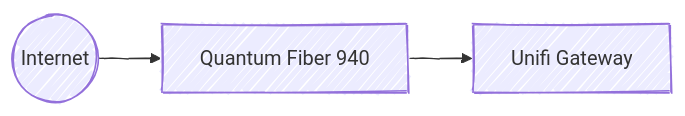
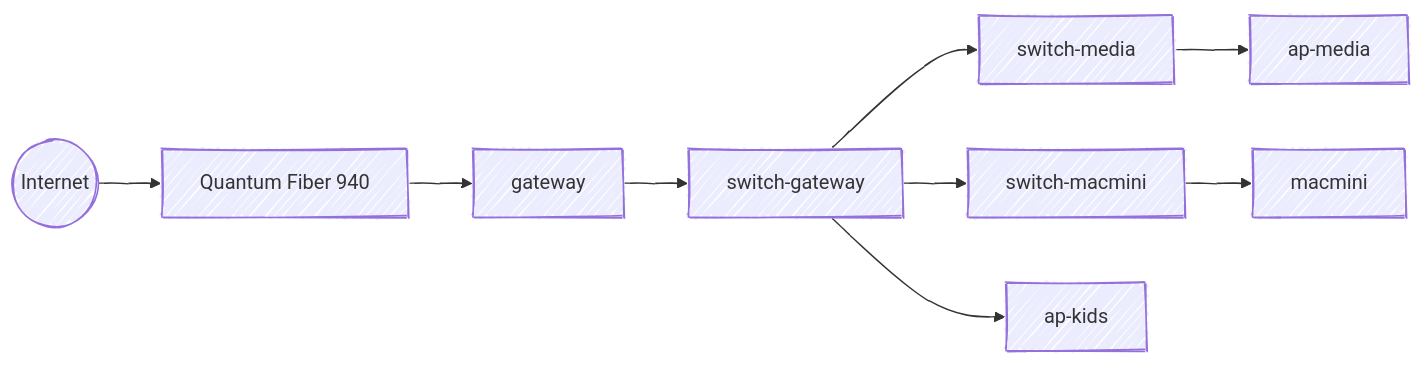
One commit to chris-peterson/home-tech changed the diagram in docs/diagrams/network.md. Above: the diagram before and after it, drawn with Mermaid. The commit also changed other lines of this file and 6 other files, not shown here.

````diff
--- a/docs/diagrams/network.md
+++ b/docs/diagrams/network.md
@@ -5,7 +5,20 @@
 ```mermaid
 %%{ init: { 'look': 'handDrawn' } }%%
 flowchart LR
     Internet((Internet))
-    Internet --> Quantum[Quantum Fiber 940]
-    Quantum --> Gateway[Unifi Gateway]
+    Quantum[Quantum Fiber 940]
+    Gateway[gateway]
+    SwitchGateway[switch-gateway]
+    SwitchMedia[switch-media]
+    SwitchMacmini[switch-macmini]
+    APMedia[ap-media]
+    APKids[ap-kids]
+    MacMini[macmini]
+
+    Internet --> Quantum --> Gateway --> SwitchGateway
+    SwitchGateway --> SwitchMedia
+    SwitchGateway --> APKids
+    SwitchGateway --> SwitchMacmini
+    SwitchMedia --> APMedia
+    SwitchMacmini --> MacMini
 ```
````
